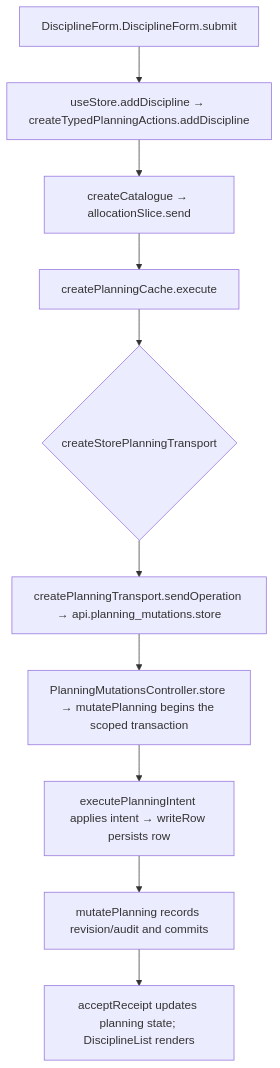
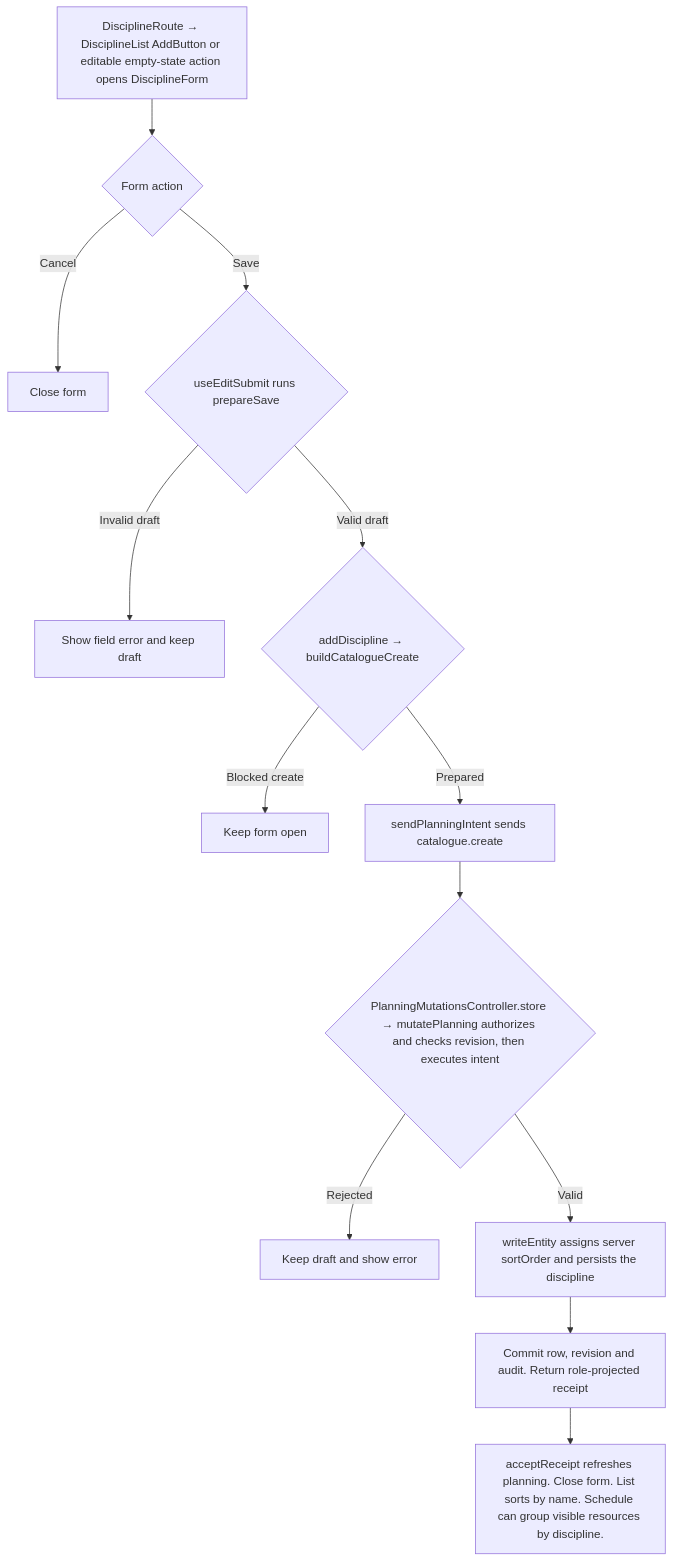
Before and after one commit to Kevinjohn/capacitylens: the second of 2 diagrams in user-stories/disciplines/US-DIS-01-add-discipline.md, drawn with Mermaid. The commit also changed other lines of this file and 172 other files, not shown here.

Commit message:
docs: reconcile user story code flows with source

````diff
--- a/user-stories/disciplines/US-DIS-01-add-discipline.md
+++ b/user-stories/disciplines/US-DIS-01-add-discipline.md
@@ -34,8 +34,15 @@
 ```mermaid
 flowchart TD
-  A["DisciplineForm.DisciplineForm.submit"] --> B["useStore.addDiscipline → createTypedPlanningActions.addDiscipline"]
-  B --> C["createCatalogue → allocationSlice.send"]
-  C --> D["createPlanningCache.execute"] --> E{"createStorePlanningTransport"}
-  E --> F["createPlanningTransport.sendOperation → api.planning_mutations.store"] --> G["PlanningMutationsController.store → mutatePlanning begins the scoped transaction"]
-  G --> H["executePlanningIntent applies intent → writeRow persists row"] --> K["mutatePlanning records revision/audit and commits"] --> J["acceptReceipt updates planning state; DisciplineList renders"]
+  ENTRY["DisciplineRoute → DisciplineList AddButton or editable empty-state action opens DisciplineForm"] --> ACTION{"Form action"}
+  ACTION -->|Cancel| CLOSE["Close form"]
+  ACTION -->|Save| FORM{"useEditSubmit runs prepareSave"}
+  FORM -->|Invalid draft| FIELD["Show field error and keep draft"]
+  FORM -->|Valid draft| CREATE{"addDiscipline → buildCatalogueCreate"}
+  CREATE -->|Blocked create| OPEN["Keep form open"]
+  CREATE -->|Prepared| SEND["sendPlanningIntent sends catalogue.create"]
+  SEND --> SERVER{"PlanningMutationsController.store → mutatePlanning authorizes and checks revision, then executes intent"}
+  SERVER -->|Rejected| ERROR["Keep draft and show error"]
+  SERVER -->|Valid| WRITE["writeEntity assigns server sortOrder and persists the discipline"]
+  WRITE --> COMMIT["Commit row, revision and audit. Return role-projected receipt"]
+  COMMIT --> DONE["acceptReceipt refreshes planning. Close form. List sorts by name. Schedule can group visible resources by discipline."]
 ```
````
